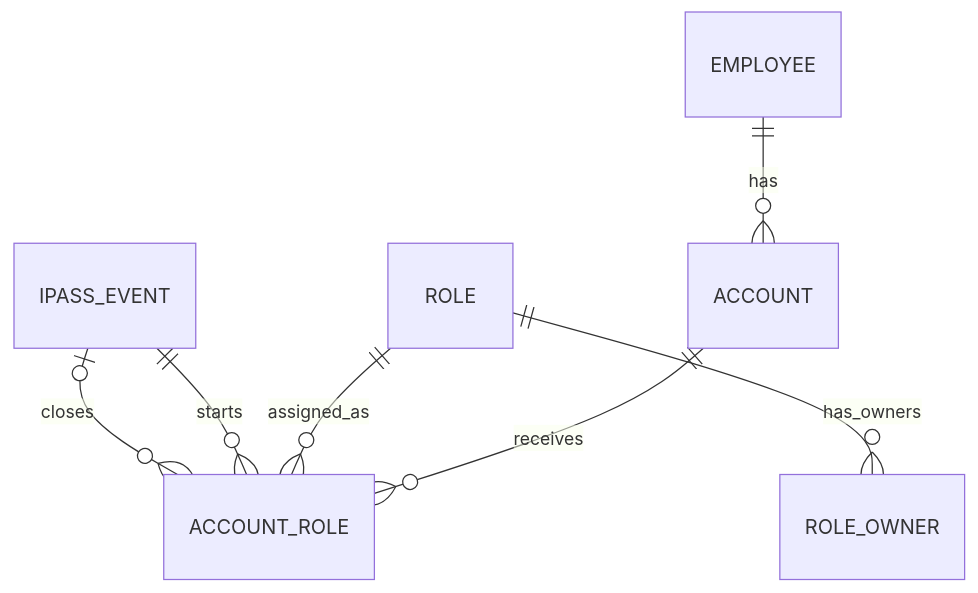
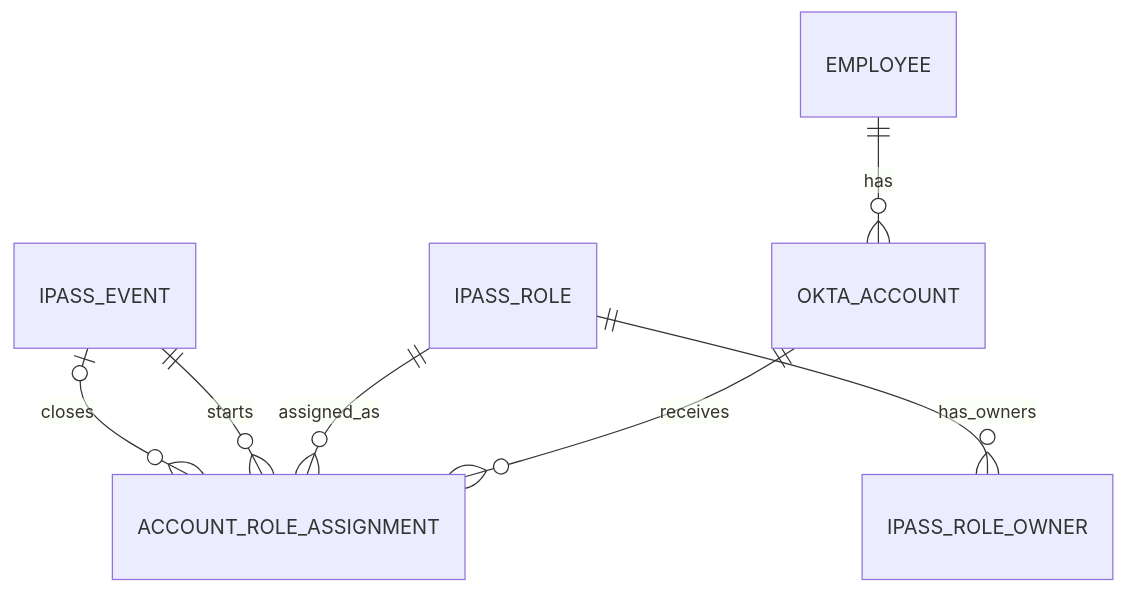
One commit to bvm-arjun108/user-access-management changed the diagram in docs/data-model.md. Above: the diagram before and after it, drawn with Mermaid. The commit also changed other lines of this file and 14 other files, not shown here.

```diff
--- a/docs/data-model.md
+++ b/docs/data-model.md
@@ -20,9 +20,9 @@
 ~~~mermaid
 erDiagram
-    EMPLOYEE ||--o{ ACCOUNT : has
-    ACCOUNT ||--o{ ACCOUNT_ROLE : receives
-    ROLE ||--o{ ACCOUNT_ROLE : assigned_as
-    ROLE ||--o{ ROLE_OWNER : has_owners
-    IPASS_EVENT ||--o{ ACCOUNT_ROLE : starts
-    IPASS_EVENT o|--o{ ACCOUNT_ROLE : closes
+    EMPLOYEE ||--o{ OKTA_ACCOUNT : has
+    OKTA_ACCOUNT ||--o{ ACCOUNT_ROLE_ASSIGNMENT : receives
+    IPASS_ROLE ||--o{ ACCOUNT_ROLE_ASSIGNMENT : assigned_as
+    IPASS_ROLE ||--o{ IPASS_ROLE_OWNER : has_owners
+    IPASS_EVENT ||--o{ ACCOUNT_ROLE_ASSIGNMENT : starts
+    IPASS_EVENT o|--o{ ACCOUNT_ROLE_ASSIGNMENT : closes
 ~~~
```
